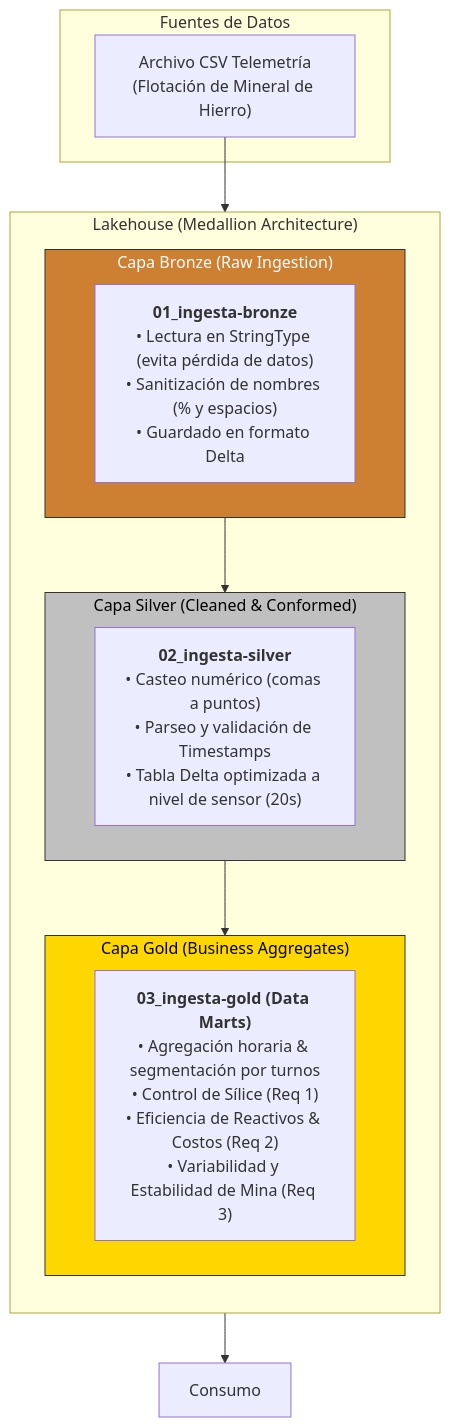
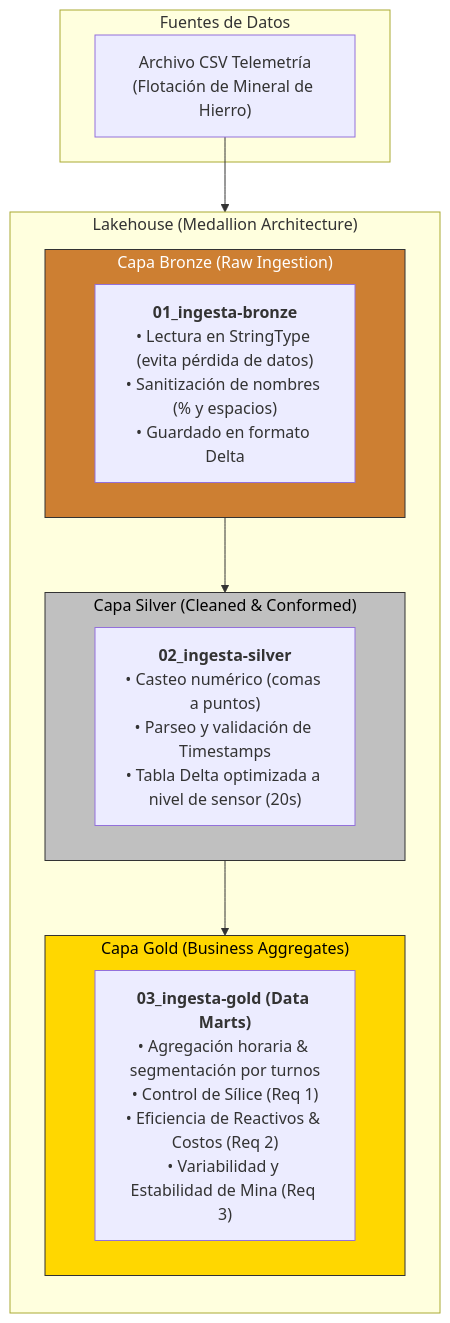
One commit to Wedkyy/Mining-pipeline changed the diagram in README.md. Above: the diagram before and after it, drawn with Mermaid. The commit also changed other lines of this file, not shown here.

Commit message:
Update README by removing logo and modifying Gold section
Removed logo image from the README and adjusted Gold section.

````diff
--- a/README.md
+++ b/README.md
@@ -18,33 +17,33 @@
 ```mermaid
 flowchart TD
     subgraph Origen ["Fuentes de Datos"]
         CSV["Archivo CSV Telemetría<br/>(Flotación de Mineral de Hierro)"]
     end
 
     subgraph Databricks ["Lakehouse (Medallion Architecture)"]
         direction TB
         
         subgraph Bronze ["Capa Bronze (Raw Ingestion)"]
             B1["<b>01_ingesta-bronze</b><br/>• Lectura en StringType (evita pérdida de datos)<br/>• Sanitización de nombres (% y espacios)<br/>• Guardado en formato Delta"]
         end
 
         subgraph Silver ["Capa Silver (Cleaned & Conformed)"]
             S1["<b>02_ingesta-silver</b><br/>• Casteo numérico (comas a puntos)<br/>• Parseo y validación de Timestamps<br/>• Tabla Delta optimizada a nivel de sensor (20s)"]
         end
 
         subgraph Gold ["Capa Gold (Business Aggregates)"]
             G1["<b>03_ingesta-gold (Data Marts)</b><br/>• Agregación horaria & segmentación por turnos<br/>• Control de Sílice (Req 1)<br/>• Eficiencia de Reactivos & Costos (Req 2)<br/>• Variabilidad y Estabilidad de Mina (Req 3)"]
         end
 
         Bronze --> Silver
         Silver --> Gold
     end
 
 
     CSV --> Bronze
-    Gold --> Consumo
+    Gold 
 
     style Bronze fill:#cd7f32,stroke:#333,stroke-width:1px,color:#fff
     style Silver fill:#c0c0c0,stroke:#333,stroke-width:1px,color:#000
     style Gold fill:#ffd700,stroke:#333,stroke-width:1px,color:#000
 ```
````
